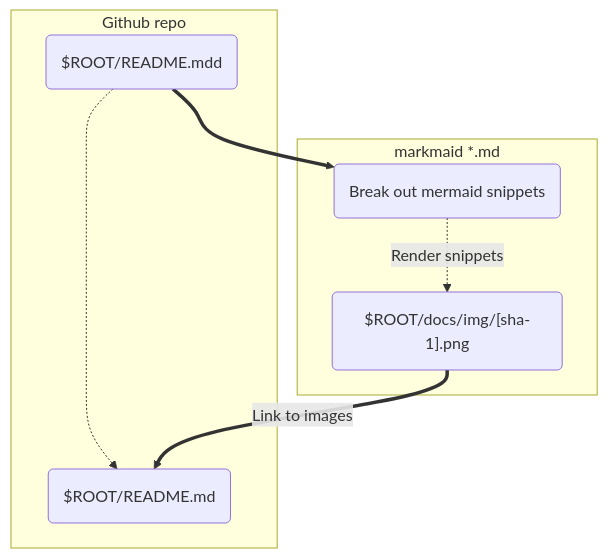
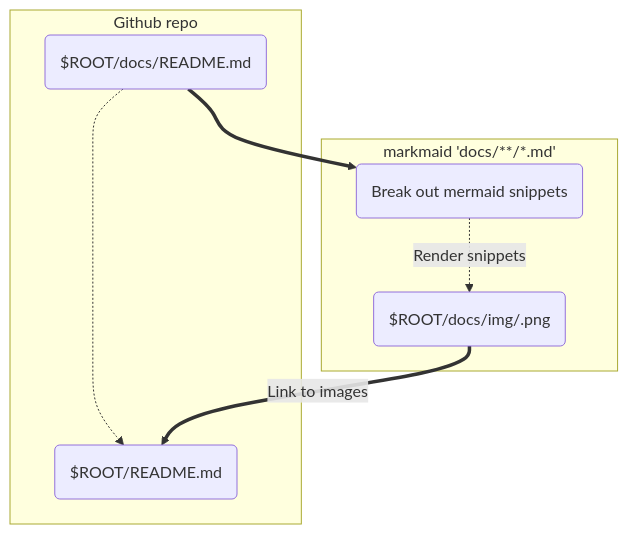
Before and after one commit to nicklasnygren/markmaid: the diagram in docs/README.md, drawn with Mermaid. The commit also changed other lines of this file and 12 other files, not shown here.

````diff
--- a/docs/README.md
+++ b/docs/README.md
@@ -13,13 +17,13 @@
 ```mermaid
 graph TB
   subgraph Github repo
-    A1("$ROOT/README.mdd")
+    A1("$ROOT/docs/README.md")
     A2("$ROOT/README.md")
   end
-  subgraph markmaid *.md
-    B1(Break out mermaid snippets) -. Render snippets .-> B2("$ROOT/docs/img/[sha-1].png")
+  subgraph markmaid 'docs/**/*.md'
+    B1(Break out mermaid snippets) -. Render snippets .-> B2("$ROOT/docs/img/<sha-1>.png")
   end
   A1 -.->A2
   A1 ==> B1
   B2 == Link to images ==> A2
 ```
````
